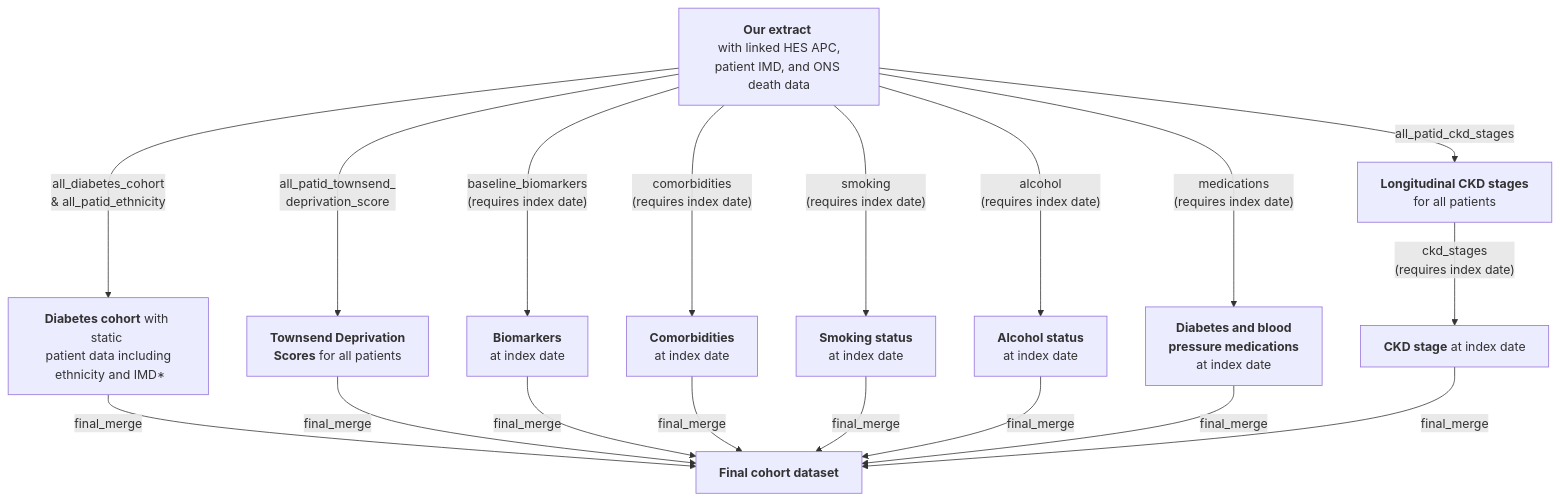
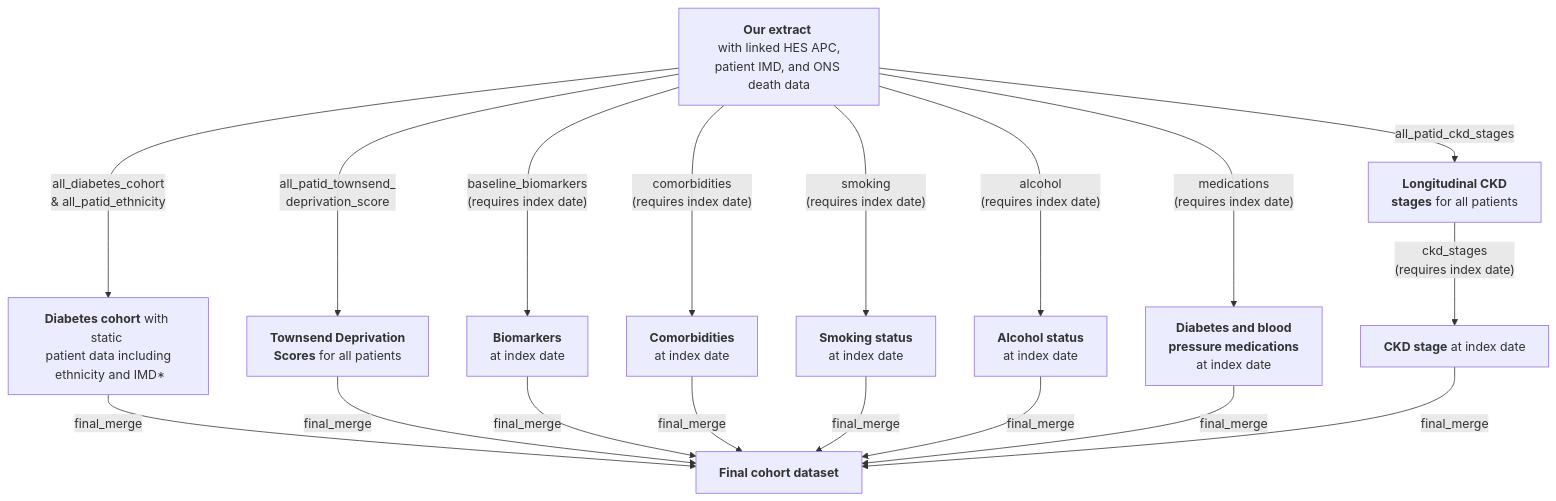
Before and after one commit to Exeter-Diabetes/CPRD-Cohort-scripts: the diagram in 02-Prevalent/README.md, drawn with Mermaid.

````diff
--- a/02-Prevalent/README.md
+++ b/02-Prevalent/README.md
@@ -11,20 +11,20 @@
 ```mermaid
 graph TD;
     A["<b>Our extract</b> <br> with linked HES APC, patient IMD, and ONS death data"] --> |"all_diabetes_cohort <br> & all_patid_ethnicity"|B["<b>Diabetes cohort</b> with static <br> patient data including <br> ethnicity and IMD*"]
-    A-->|"all_patid_ckd_stages"|C["<b>Longitudinal CKD stages</b> <br> for all patients"]
+    A-->|"all_patid_ckd_stages"|C["<b>Longitudinal CKD <br> stages</b> for all patients"]
     A-->|"all_patid_townsend_ <br> deprivation_score"|D["<b>Townsend Deprivation <br> Scores</b> for all patients"]
     A-->|"baseline_biomarkers <br> (requires index date)"|E["<b>Biomarkers</b> <br> at index date"]
     A-->|"comorbidities <br> (requires index date)"|F["<b>Comorbidities</b> <br> at index date"]
     A-->|"smoking <br> (requires index date)"|G["<b>Smoking status</b> <br> at index date"]
     A-->|"alcohol <br> (requires index date)"|H["<b>Alcohol status</b> <br> at index date"]
     A-->|"medications <br> (requires index date)"|K["<b>Diabetes and blood <br> pressure medications</b> <br> at index date"]
     C-->|"ckd_stages <br> (requires index date)"|I["<b>CKD stage</b <br> at index date"]
     B-->|"final_merge"|J["<b>Final cohort dataset</b>"]
     D-->|"final_merge"|J
     E-->|"final_merge"|J
     F-->|"final_merge"|J
     G-->|"final_merge"|J
     H-->|"final_merge"|J
     K-->|"final_merge"|J
     I-->|"final_merge"|J    
 ```
````
